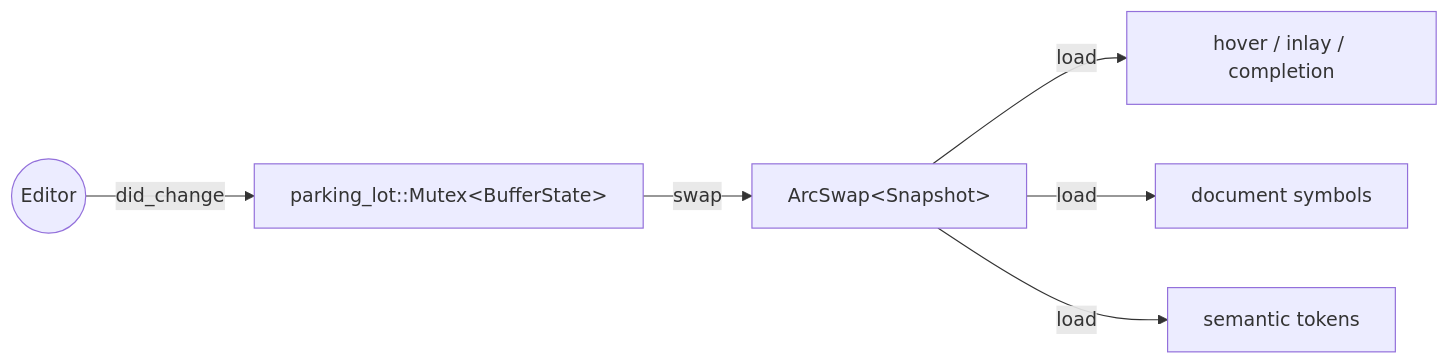
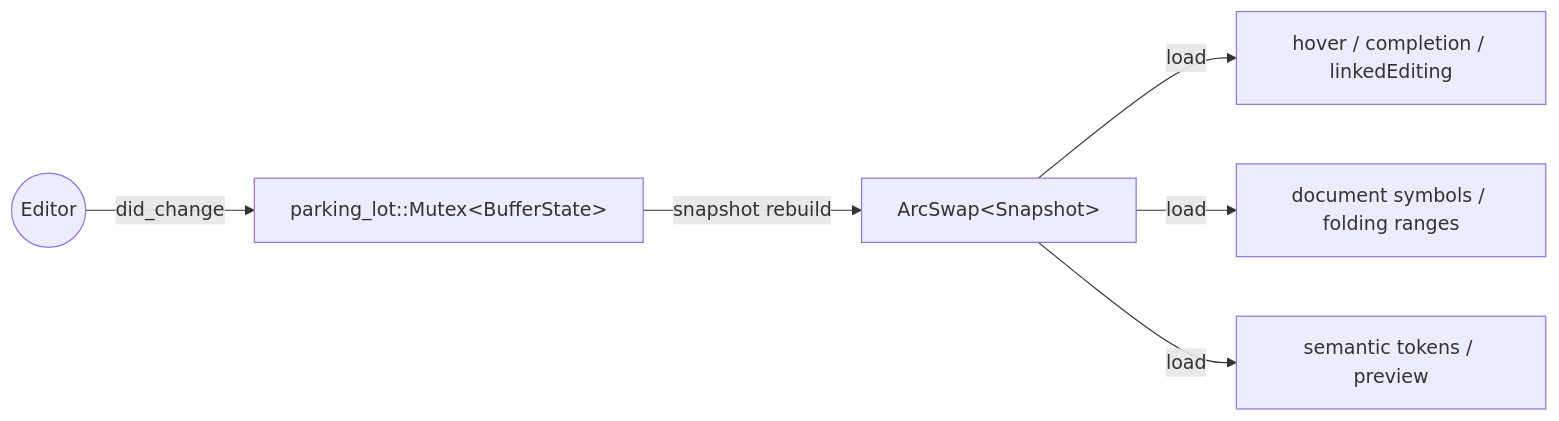
One commit to P4suta/aozora-tools changed the diagram in crates/aozora-tools-book/src/lsp/state-model.md. Above: the diagram before and after it, drawn with Mermaid. The commit also changed other lines of this file and 11 other files, not shown here.

````diff
--- a/crates/aozora-tools-book/src/lsp/state-model.md
+++ b/crates/aozora-tools-book/src/lsp/state-model.md
@@ -12,10 +12,10 @@
 ```mermaid
 flowchart LR
-    Editor((Editor)) -- did_change --> Mutex
-    Mutex[parking_lot::Mutex&lt;BufferState&gt;]
-    Mutex -- swap --> ArcSwap
-    ArcSwap[ArcSwap&lt;Snapshot&gt;]
-    ArcSwap -- load --> Reader1[hover / inlay / completion]
-    ArcSwap -- load --> Reader2[document symbols]
-    ArcSwap -- load --> Reader3[semantic tokens]
+    Editor((Editor)) -- did_change --> Writer
+    Writer[parking_lot::Mutex&lt;BufferState&gt;]
+    Writer -- snapshot rebuild --> Reader
+    Reader[ArcSwap&lt;Snapshot&gt;]
+    Reader -- load --> R1[hover / completion / linkedEditing]
+    Reader -- load --> R2[document symbols / folding ranges]
+    Reader -- load --> R3[semantic tokens / preview]
 ```
````
